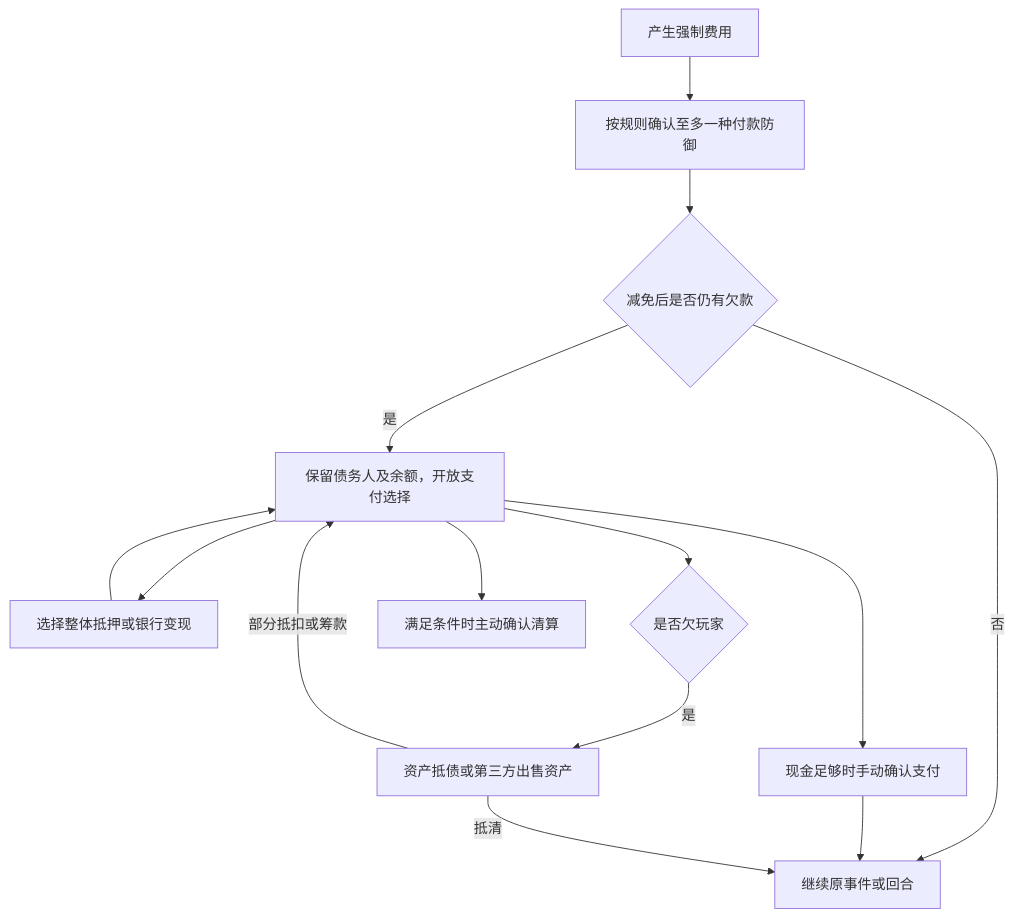
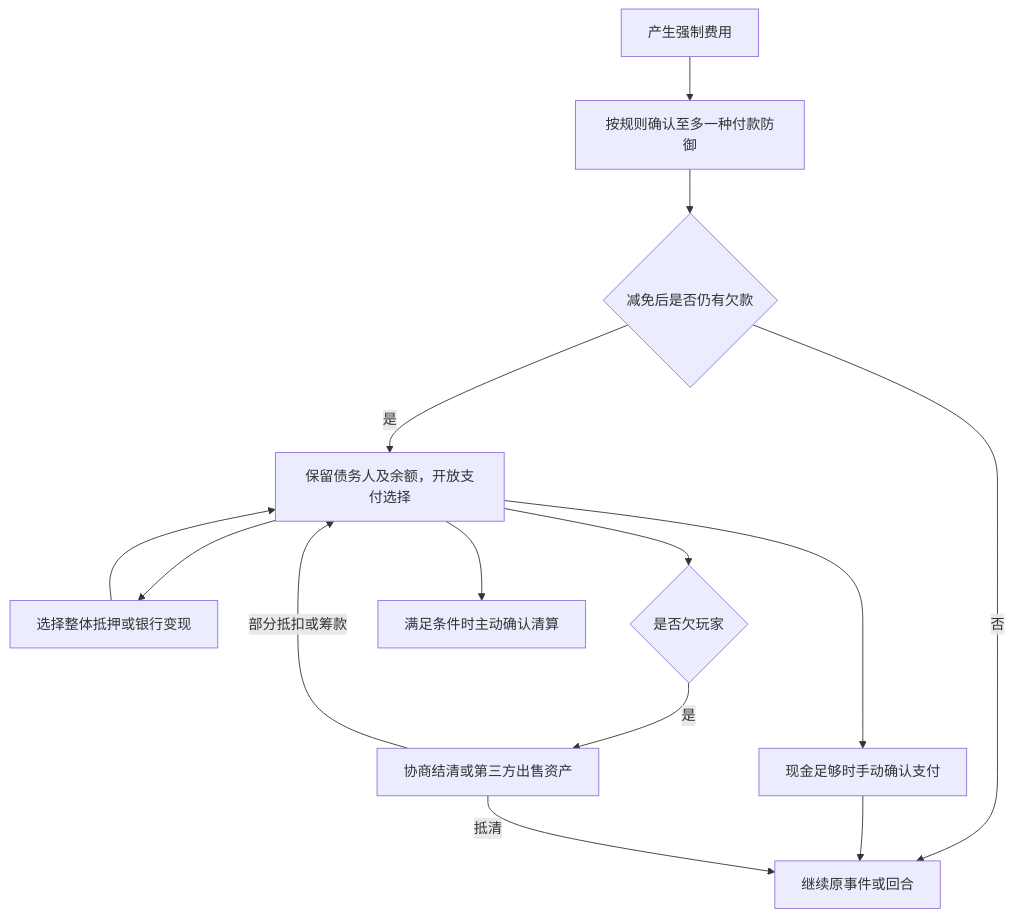
Before and after one commit to xfcycc/dfw: the diagram in docs/game-content-design.md, drawn with Mermaid. The commit also changed other lines of this file and 6 other files, not shown here.

````diff
--- a/docs/game-content-design.md
+++ b/docs/game-content-design.md
@@ -77,16 +77,16 @@
 ```mermaid
 flowchart TD
     A[产生强制费用] --> B[按规则确认至多一种付款防御]
     B --> C{减免后是否仍有欠款}
     C -->|否| H[继续原事件或回合]
     C -->|是| D[保留债务人及余额，开放支付选择]
     D --> E[选择整体抵押或银行变现]
     E --> D
     D --> F[现金足够时手动确认支付]
     F --> H
     D --> G{是否欠玩家}
-    G -->|是| I[资产抵债或第三方出售资产]
+    G -->|是| I[协商结清或第三方出售资产]
     I -->|部分抵扣或筹款| D
     I -->|抵清| H
     D --> J[满足条件时主动确认清算]
 ```
````
